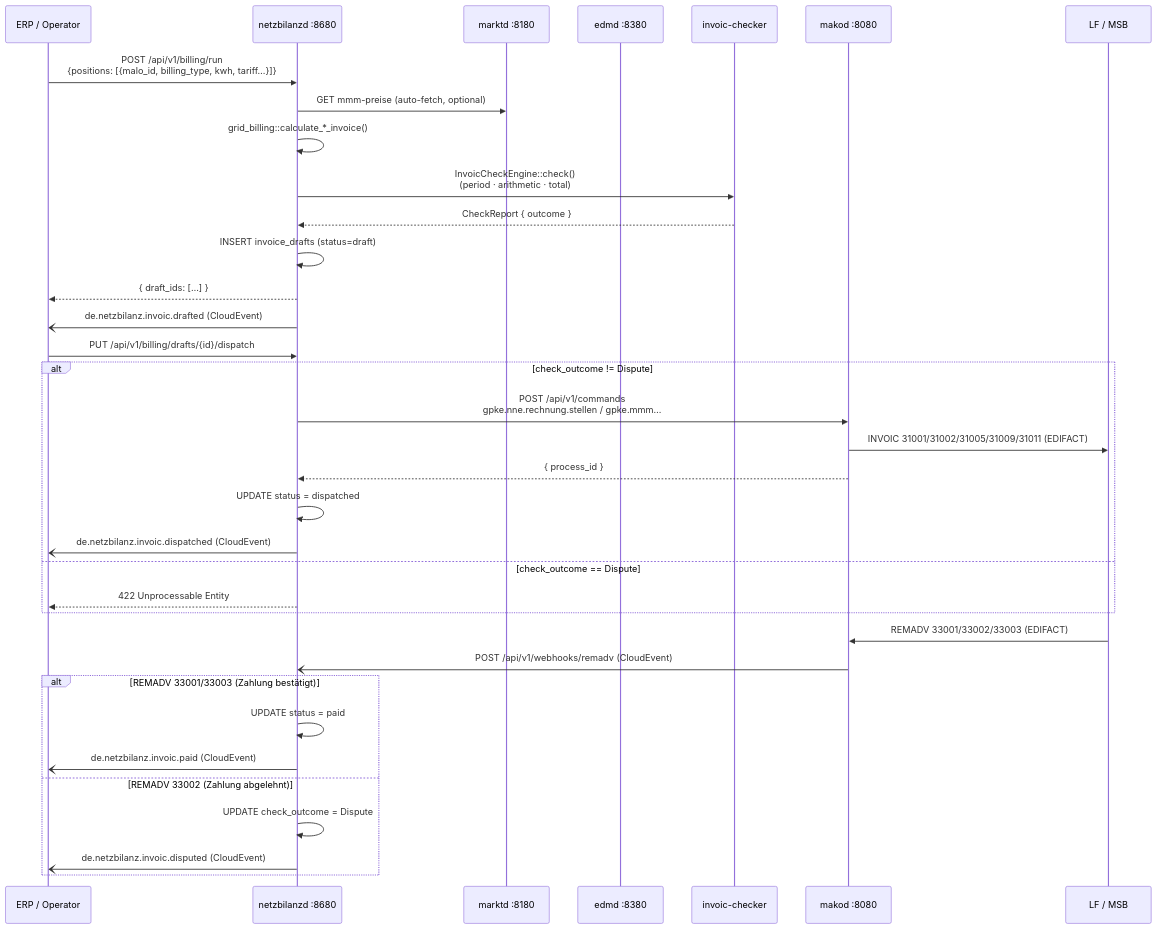
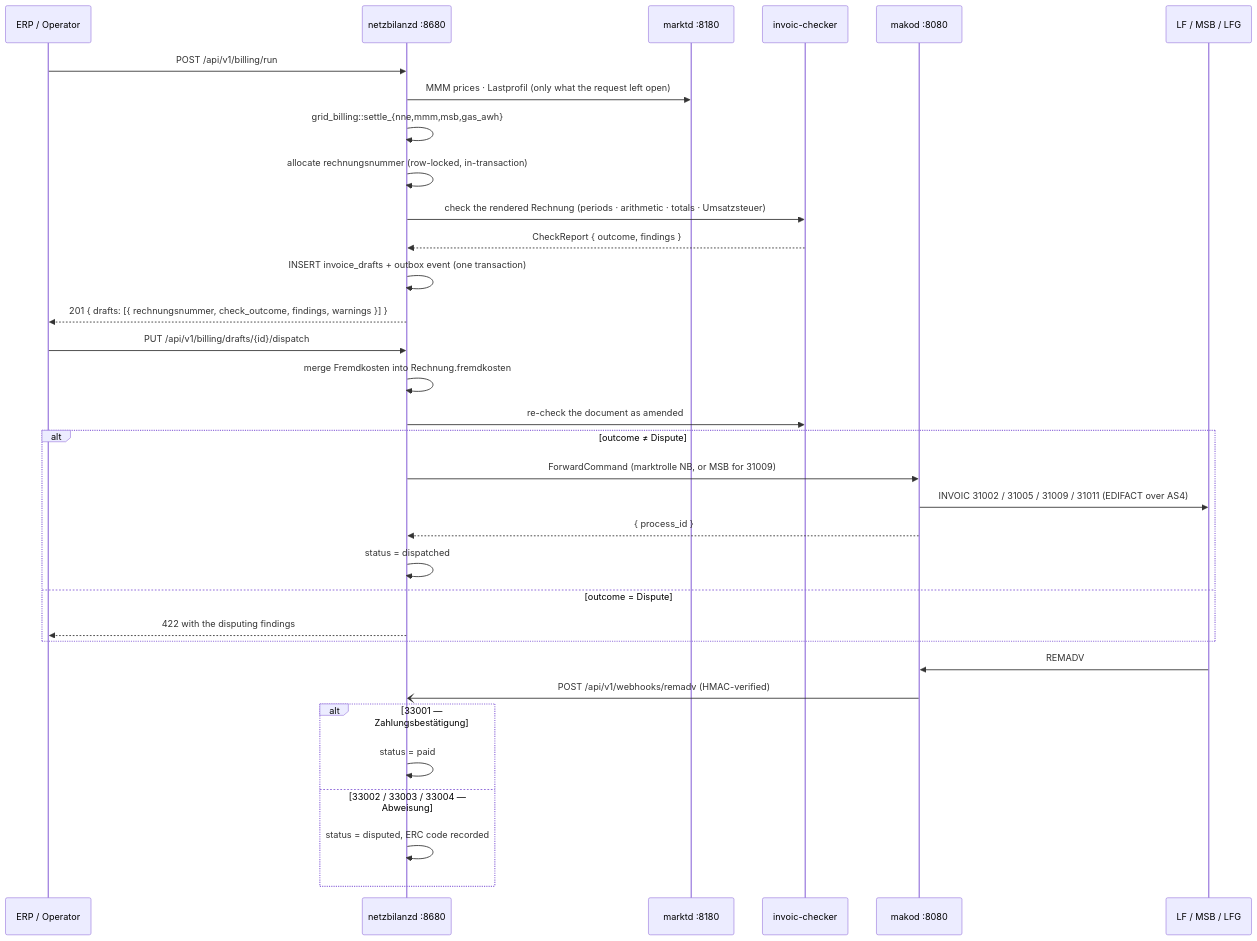
The first of 4 diagrams in site/content/docs/services/netzbilanzd.md (hupe1980/mako), drawn with Mermaid before and after one commit. The commit also changed other lines of this file and 47 other files, not shown here.

````diff
--- a/site/content/docs/services/netzbilanzd.md
+++ b/site/content/docs/services/netzbilanzd.md
@@ -30,40 +27,38 @@
 ```mermaid
 sequenceDiagram
     participant ERP as ERP / Operator
     participant nd as netzbilanzd :8680
     participant marktd as marktd :8180
-    participant edmd as edmd :8380
     participant chk as invoic-checker
     participant makod as makod :8080
-    participant LF as LF / MSB
+    participant LF as LF / MSB / LFG
 
-    ERP->>nd: POST /api/v1/billing/run<br/>{positions: [{malo_id, billing_type, kwh, tariff…}]}
-    nd->>marktd: GET mmm-preise (auto-fetch, optional)
-    nd->>nd: grid_billing::calculate_*_invoice()
-    nd->>chk: InvoicCheckEngine::check()<br/>(period · arithmetic · total)
-    chk-->>nd: CheckReport { outcome }
-    nd->>nd: INSERT invoice_drafts (status=draft)
-    nd-->>ERP: { draft_ids: […] }
-    nd-)ERP: de.netzbilanz.invoic.drafted (CloudEvent)
+    ERP->>nd: POST /api/v1/billing/run
+    nd->>marktd: MMM prices · Lastprofil (only what the request left open)
+    nd->>nd: grid_billing::settle_{nne,mmm,msb,gas_awh}
+    nd->>nd: allocate rechnungsnummer (row-locked, in-transaction)
+    nd->>chk: check the rendered Rechnung (periods · arithmetic · totals · Umsatzsteuer)
+    chk-->>nd: CheckReport { outcome, findings }
+    nd->>nd: INSERT invoice_drafts + outbox event (one transaction)
+    nd-->>ERP: 201 { drafts: [{ rechnungsnummer, check_outcome, findings, warnings }] }
 
     ERP->>nd: PUT /api/v1/billing/drafts/{id}/dispatch
-    alt check_outcome != Dispute
-        nd->>makod: POST /api/v1/commands<br/>gpke.nne.rechnung.stellen / gpke.mmm…
-        makod->>LF: INVOIC 31001/31002/31005/31009/31011 (EDIFACT)
+    nd->>nd: merge Fremdkosten into Rechnung.fremdkosten
+    nd->>chk: re-check the document as amended
+    alt outcome ≠ Dispute
+        nd->>makod: ForwardCommand (marktrolle NB, or MSB for 31009)
+        makod->>LF: INVOIC 31002 / 31005 / 31009 / 31011 (EDIFACT over AS4)
         makod-->>nd: { process_id }
-        nd->>nd: UPDATE status = dispatched
-        nd-)ERP: de.netzbilanz.invoic.dispatched (CloudEvent)
-    else check_outcome == Dispute
-        nd-->>ERP: 422 Unprocessable Entity
+        nd->>nd: status = dispatched
+    else outcome = Dispute
+        nd-->>ERP: 422 with the disputing findings
     end
 
-    LF->>makod: REMADV 33001/33002/33003 (EDIFACT)
-    makod-)nd: POST /api/v1/webhooks/remadv (CloudEvent)
-    alt REMADV 33001/33003 (Zahlung bestätigt)
-        nd->>nd: UPDATE status = paid
-        nd-)ERP: de.netzbilanz.invoic.paid (CloudEvent)
-    else REMADV 33002 (Zahlung abgelehnt)
-        nd->>nd: UPDATE check_outcome = Dispute
-        nd-)ERP: de.netzbilanz.invoic.disputed (CloudEvent)
+    LF->>makod: REMADV
+    makod-)nd: POST /api/v1/webhooks/remadv (HMAC-verified)
+    alt 33001 — Zahlungsbestätigung
+        nd->>nd: status = paid
+    else 33002 / 33003 / 33004 — Abweisung
+        nd->>nd: status = disputed, ERC code recorded
     end
 ```
````
